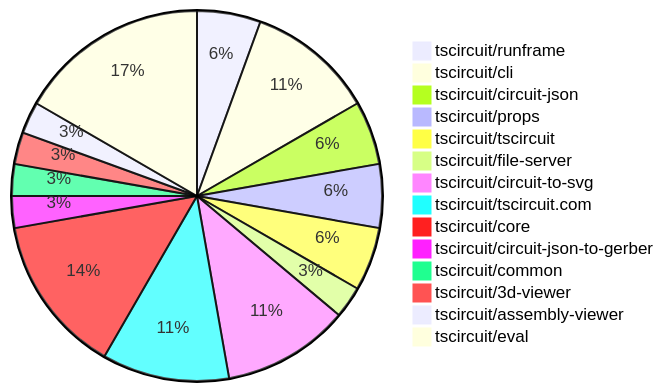
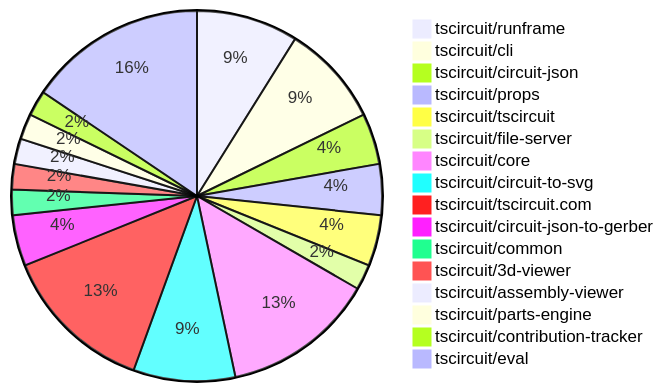
Before and after one commit to tscircuit/contribution-tracker: the first of 2 diagrams in README.md, drawn with Mermaid. The commit also changed other lines of this file and 3 other files, not shown here.

````diff
--- a/README.md
+++ b/README.md
@@ -29,17 +29,19 @@
 ```mermaid
 pie
-    "tscircuit/runframe" : 2
+    "tscircuit/runframe" : 4
     "tscircuit/cli" : 4
     "tscircuit/circuit-json" : 2
     "tscircuit/props" : 2
     "tscircuit/tscircuit" : 2
     "tscircuit/file-server" : 1
+    "tscircuit/core" : 6
     "tscircuit/circuit-to-svg" : 4
-    "tscircuit/tscircuit.com" : 4
-    "tscircuit/core" : 5
-    "tscircuit/circuit-json-to-gerber" : 1
+    "tscircuit/tscircuit.com" : 6
+    "tscircuit/circuit-json-to-gerber" : 2
     "tscircuit/common" : 1
     "tscircuit/3d-viewer" : 1
     "tscircuit/assembly-viewer" : 1
-    "tscircuit/eval" : 6
+    "tscircuit/parts-engine" : 1
+    "tscircuit/contribution-tracker" : 1
+    "tscircuit/eval" : 7
 ```
````
